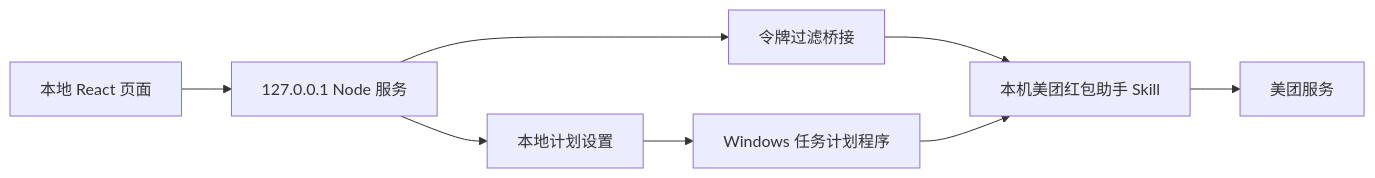
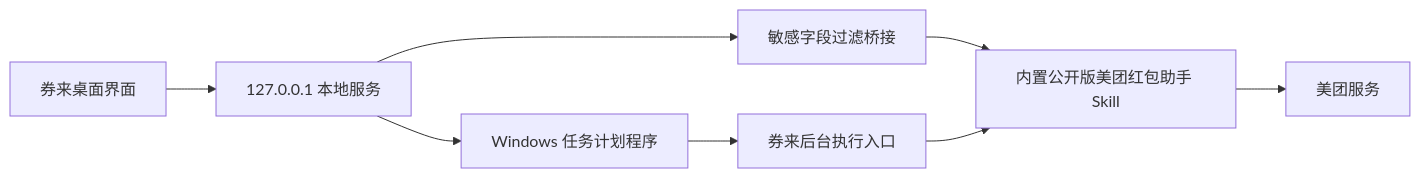
Before and after one commit to universe-1234/quanlai: the diagram in README.md, drawn with Mermaid. The commit also changed other lines of this file and 17 other files, not shown here.

````diff
--- a/README.md
+++ b/README.md
@@ -98,10 +55,10 @@
 ```mermaid
 flowchart LR
-    UI["本地 React 页面"] --> API["127.0.0.1 Node 服务"]
-    API --> BRIDGE["令牌过滤桥接"]
-    BRIDGE --> SKILL["本机美团红包助手 Skill"]
+    UI["券来桌面界面"] --> API["127.0.0.1 本地服务"]
+    API --> BRIDGE["敏感字段过滤桥接"]
+    BRIDGE --> SKILL["内置公开版美团红包助手 Skill"]
     SKILL --> SERVICE["美团服务"]
-    API --> SCHEDULE["本地计划设置"]
-    SCHEDULE --> TASK["Windows 任务计划程序"]
-    TASK --> SKILL
+    API --> TASK["Windows 任务计划程序"]
+    TASK --> APP["券来后台执行入口"]
+    APP --> SKILL
 ```
````
